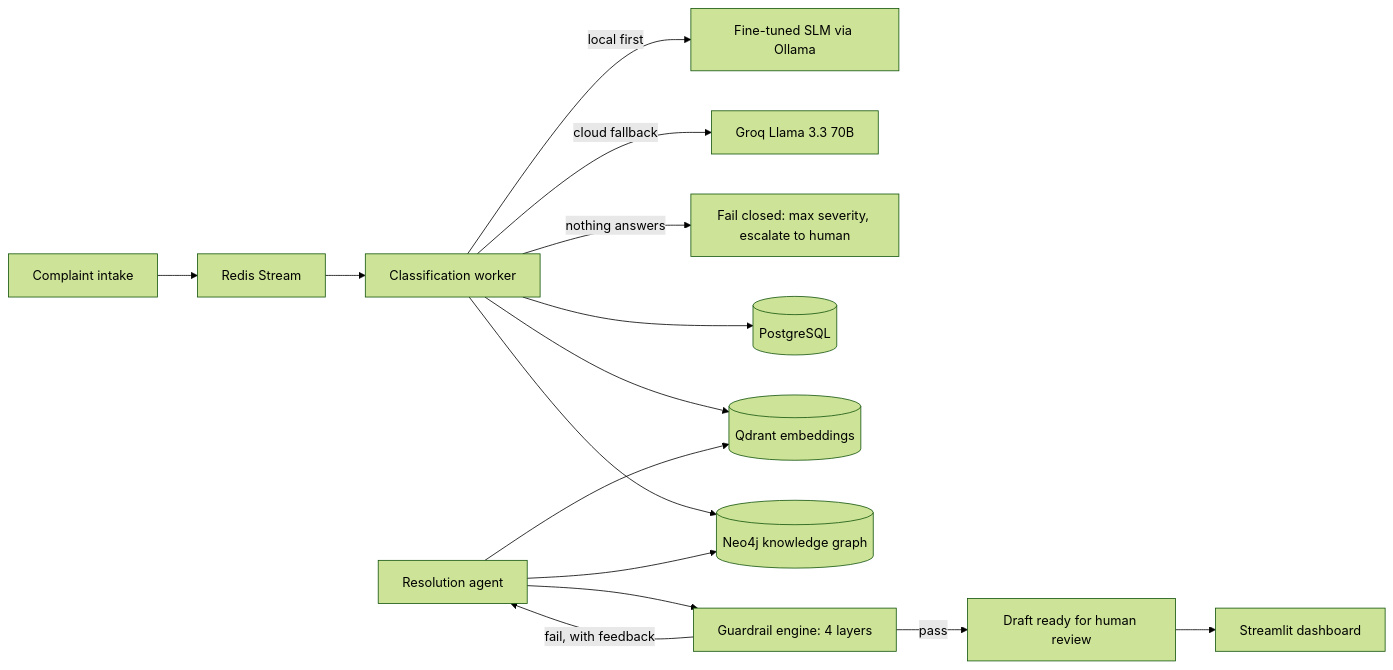
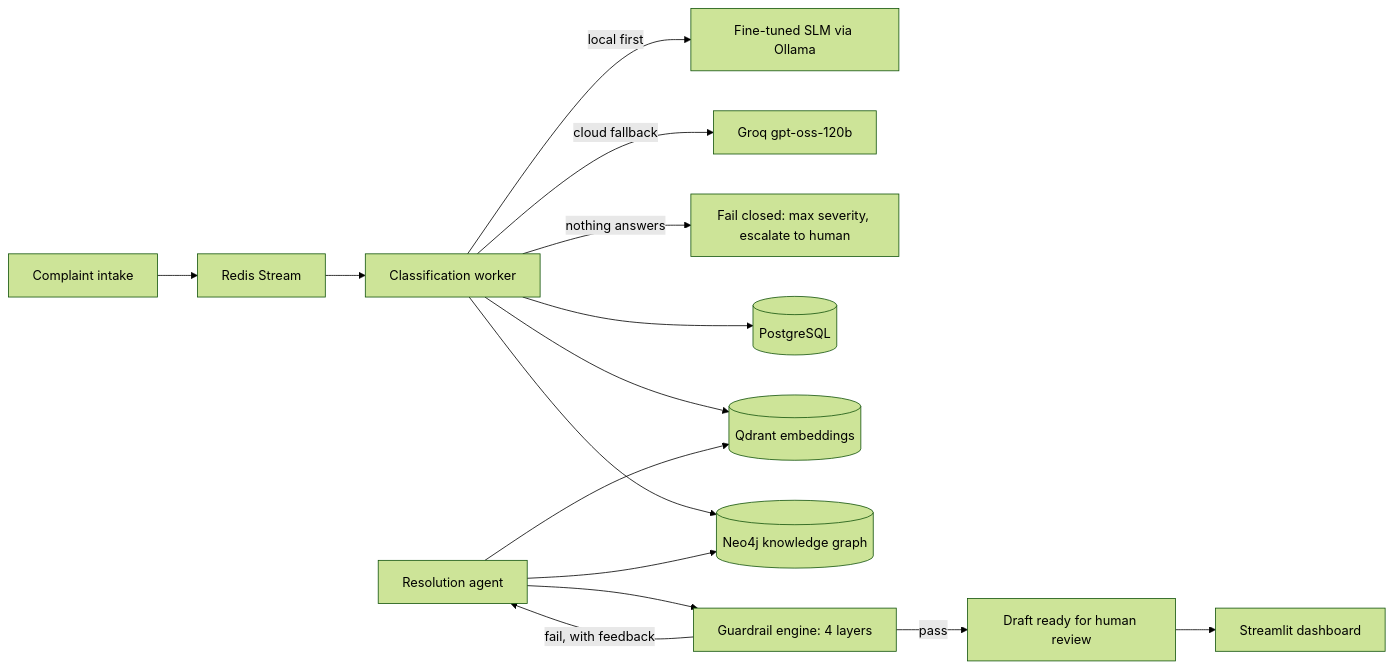
The diagram in README.md (deeason7/ResolveAI), drawn with Mermaid (forest theme) before and after one commit. The commit also changed other lines of this file and 5 other files, not shown here.

````diff
--- a/README.md
+++ b/README.md
@@ -28,17 +28,17 @@
 ```mermaid
 flowchart LR
     A[Complaint intake] --> Q[Redis Stream]
     Q --> W[Classification worker]
     W -->|local first| SLM[Fine-tuned SLM via Ollama]
-    W -->|cloud fallback| GROQ[Groq Llama 3.3 70B]
+    W -->|cloud fallback| GROQ[Groq gpt-oss-120b]
     W -->|nothing answers| FC[Fail closed: max severity, escalate to human]
     W --> PG[(PostgreSQL)]
     W --> VDB[(Qdrant embeddings)]
     W --> KG[(Neo4j knowledge graph)]
     AG[Resolution agent] --> VDB
     AG --> KG
     AG --> GR[Guardrail engine: 4 layers]
     GR -->|pass| HR[Draft ready for human review]
     GR -->|fail, with feedback| AG
     HR --> UI[Streamlit dashboard]
 ```
````
